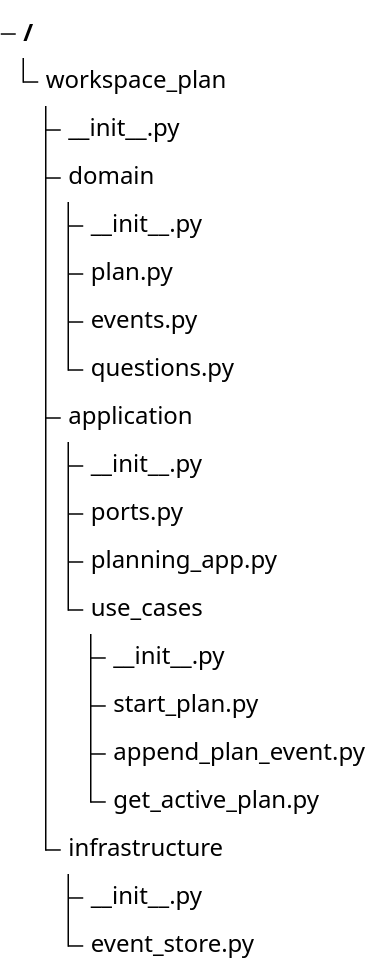
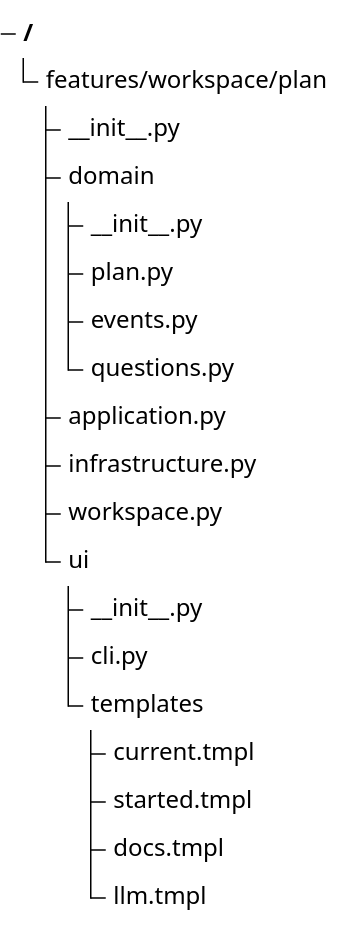
The third of 3 diagrams in .enclosure/plans/planning-workflow/epics/event-sourced-core/SCHEMAS.md (9orky/enclosure), drawn with Mermaid before and after one commit. The commit also changed other lines of this file and 28 other files, not shown here.

````diff
--- a/.enclosure/plans/planning-workflow/epics/event-sourced-core/SCHEMAS.md
+++ b/.enclosure/plans/planning-workflow/epics/event-sourced-core/SCHEMAS.md
@@ -159,24 +186,23 @@
 ```mermaid
 %% contract: files
 %%{init: {"theme": "base", "themeVariables": {"labelColor": "#172033", "lineColor": "#64748b"}}}%%
 treeView-beta
-  "workspace_plan"
+  "features/workspace/plan"
     "__init__.py"
     "domain"
       "__init__.py"
       "plan.py"
       "events.py"
       "questions.py"
-    "application"
+    "application.py"
+    "infrastructure.py"
+    "workspace.py"
+    "ui"
       "__init__.py"
-      "ports.py"
-      "planning_app.py"
-      "use_cases"
-        "__init__.py"
-        "start_plan.py"
-        "append_plan_event.py"
-        "get_active_plan.py"
-    "infrastructure"
-      "__init__.py"
-      "event_store.py"
+      "cli.py"
+      "templates"
+        "current.tmpl"
+        "started.tmpl"
+        "docs.tmpl"
+        "llm.tmpl"
 ```
````
